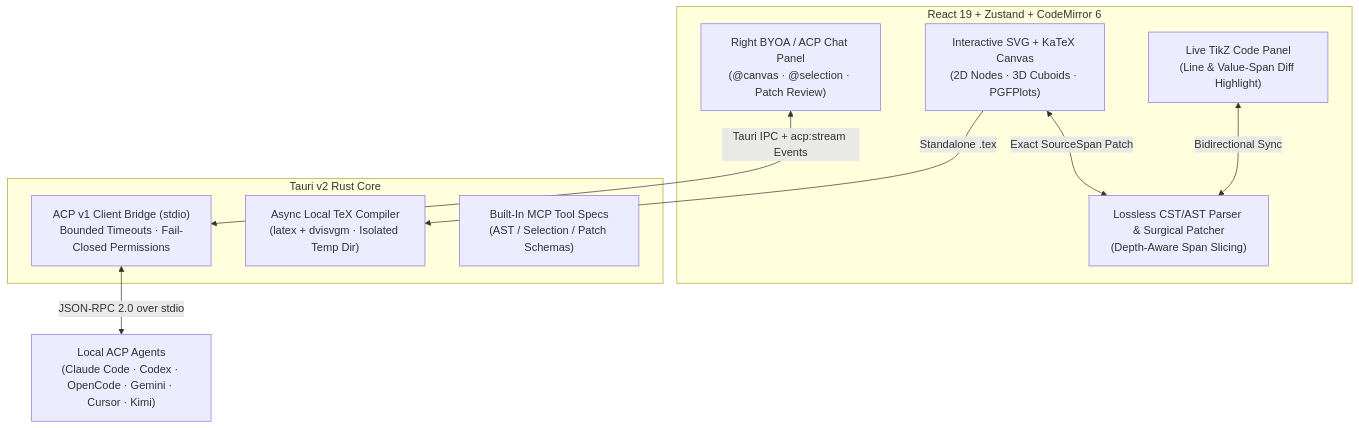
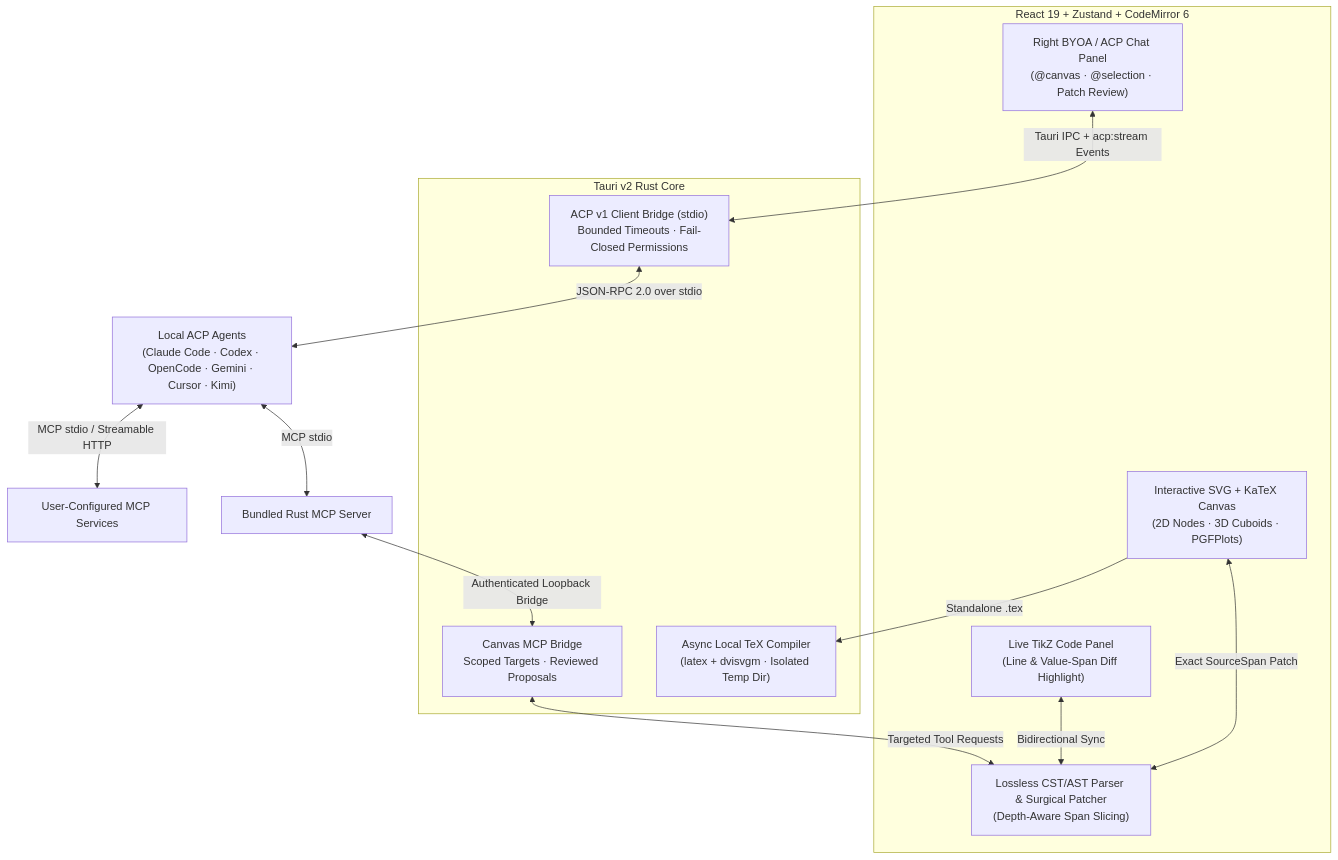
The diagram in README.md (jhxxr/AgenTikZ), drawn with Mermaid before and after one commit. The commit also changed other lines of this file and 62 other files, not shown here.

First line of the commit message:
feat: integrate MCP services and improve TeX previews

````diff
--- a/README.md
+++ b/README.md
@@ -85,21 +85,25 @@
 ```mermaid
 flowchart TB
     subgraph Frontend["React 19 + Zustand + CodeMirror 6"]
         Canvas["Interactive SVG + KaTeX Canvas\n(2D Nodes · 3D Cuboids · PGFPlots)"]
         Editor["Live TikZ Code Panel\n(Line & Value-Span Diff Highlight)"]
         Parser["Lossless CST/AST Parser & Surgical Patcher\n(Depth-Aware Span Slicing)"]
         AgentUI["Right BYOA / ACP Chat Panel\n(@canvas · @selection · Patch Review)"]
     end
 
     subgraph Backend["Tauri v2 Rust Core"]
         AcpBridge["ACP v1 Client Bridge (stdio)\nBounded Timeouts · Fail-Closed Permissions"]
         TexEngine["Async Local TeX Compiler\n(latex + dvisvgm · Isolated Temp Dir)"]
-        McpManifest["Built-In MCP Tool Specs\n(AST / Selection / Patch Schemas)"]
+        McpManifest["Canvas MCP Bridge\nScoped Targets · Reviewed Proposals"]
     end
 
     Canvas <-->|"Exact SourceSpan Patch"| Parser
     Editor <-->|"Bidirectional Sync"| Parser
     AgentUI <-->|"Tauri IPC + acp:stream Events"| AcpBridge
     Canvas -->|"Standalone .tex"| TexEngine
     AcpBridge <-->|"JSON-RPC 2.0 over stdio"| LocalAgents["Local ACP Agents\n(Claude Code · Codex · OpenCode · Gemini · Cursor · Kimi)"]
+    LocalAgents <-->|"MCP stdio"| McpSidecar["Bundled Rust MCP Server"]
+    McpSidecar <-->|"Authenticated Loopback Bridge"| McpManifest
+    McpManifest <-->|"Targeted Tool Requests"| Parser
+    LocalAgents <-->|"MCP stdio / Streamable HTTP"| ExternalMcp["User-Configured MCP Services"]
 ```
````
